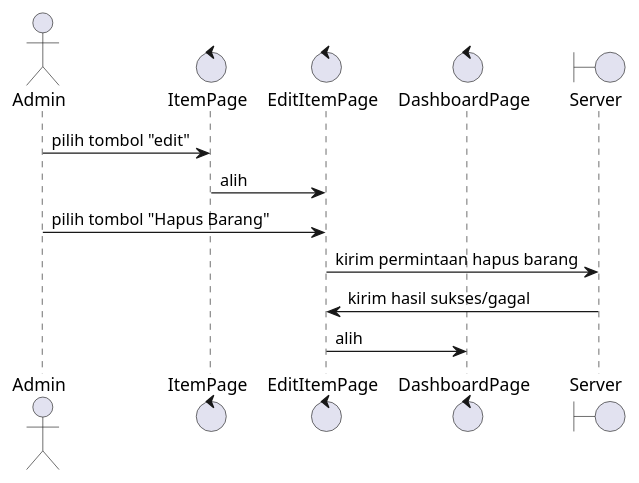
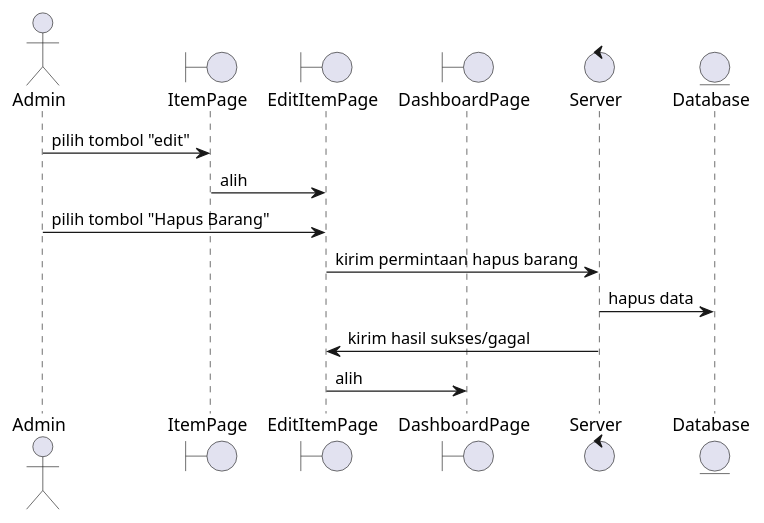
One commit to stnDinus/skpl_apbo_diagrams changed the diagram in del_item_seq.puml. Above: the diagram before and after it, drawn with PlantUML. The commit also changed 9 other files, not shown here.

Commit message:
fix: sequence diagram

```diff
--- a/del_item_seq.puml
+++ b/del_item_seq.puml
@@ -1,14 +1,16 @@
 @startuml
 actor Admin
-control ItemPage
-control EditItemPage
-control DashboardPage
-boundary Server
+boundary ItemPage
+boundary EditItemPage
+boundary DashboardPage
+control Server
+entity Database
 
 Admin -> ItemPage: pilih tombol "edit"
 ItemPage -> EditItemPage: alih
 Admin -> EditItemPage: pilih tombol "Hapus Barang"
 EditItemPage -> Server: kirim permintaan hapus barang
+Server -> Database: hapus data
 Server -> EditItemPage: kirim hasil sukses/gagal
 EditItemPage -> DashboardPage: alih
 @enduml
```
